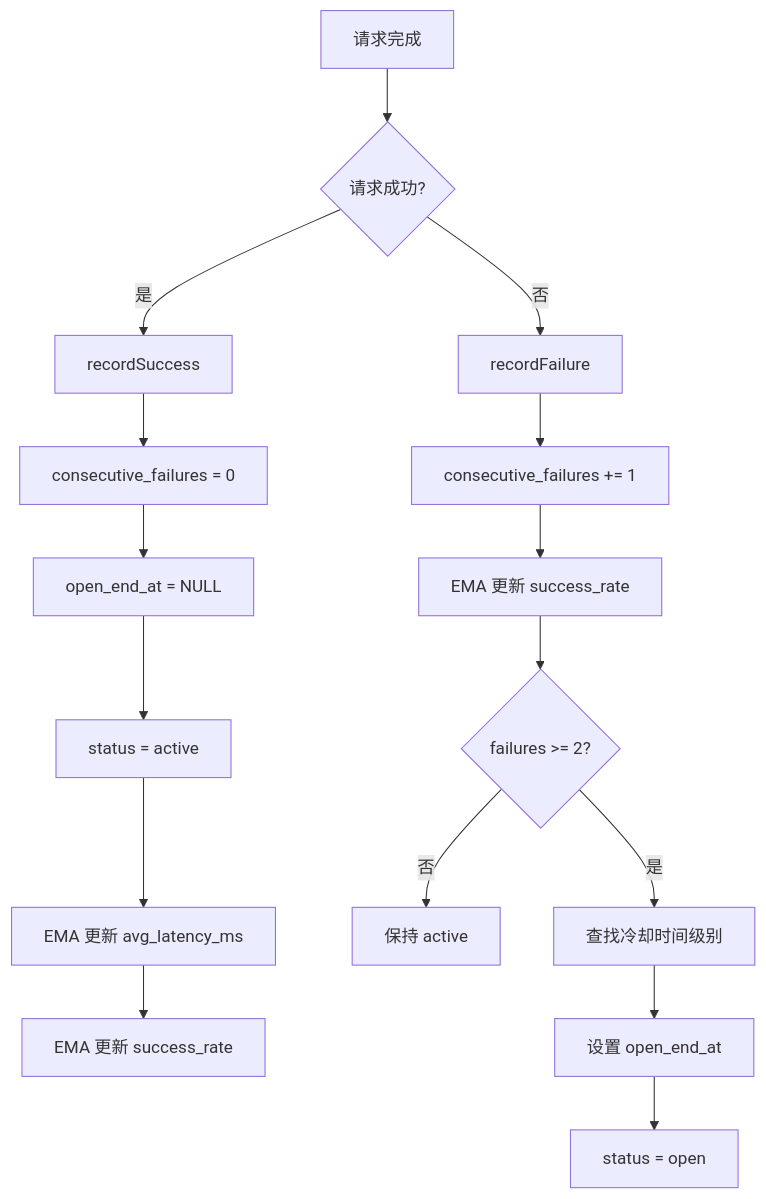
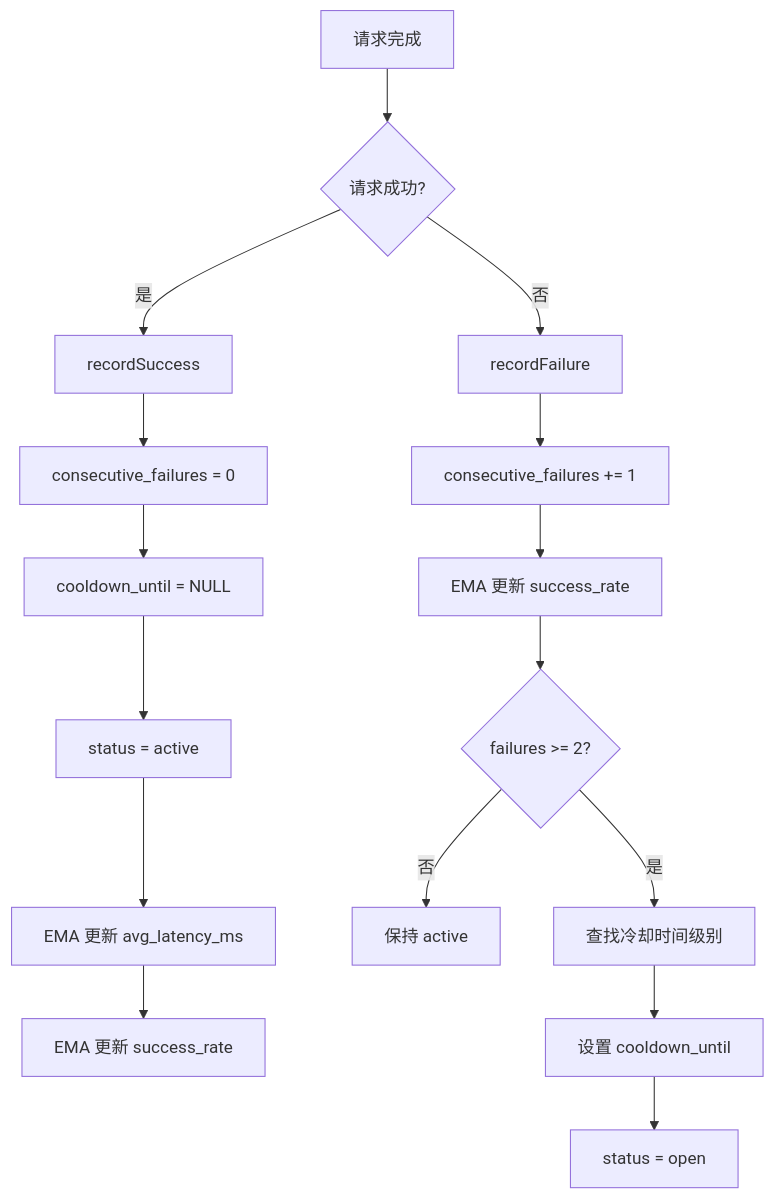
The seventh of 7 diagrams in DEVELOPMENT.md (excing/open-ai-gateway), drawn with Mermaid before and after one commit. The commit also changed other lines of this file and 1 other file, not shown here.

Commit message:
refactor: rename open_end_at to cooldown_until for clarity in cooldown logic

````diff
--- a/DEVELOPMENT.md
+++ b/DEVELOPMENT.md
@@ -1476,18 +1474,18 @@
 ```mermaid
 flowchart TD
     A[请求完成] --> B{请求成功?}
     B -->|是| C[recordSuccess]
     C --> D[consecutive_failures = 0]
-    D --> E[open_end_at = NULL]
+    D --> E[cooldown_until = NULL]
     E --> F[status = active]
     F --> G[EMA 更新 avg_latency_ms]
     G --> H[EMA 更新 success_rate]
     B -->|否| I[recordFailure]
     I --> J[consecutive_failures += 1]
     J --> K[EMA 更新 success_rate]
     K --> L{failures >= 2?}
     L -->|否| M[保持 active]
     L -->|是| N[查找冷却时间级别]
-    N --> O[设置 open_end_at]
+    N --> O[设置 cooldown_until]
     O --> P[status = open]
 ```
````
